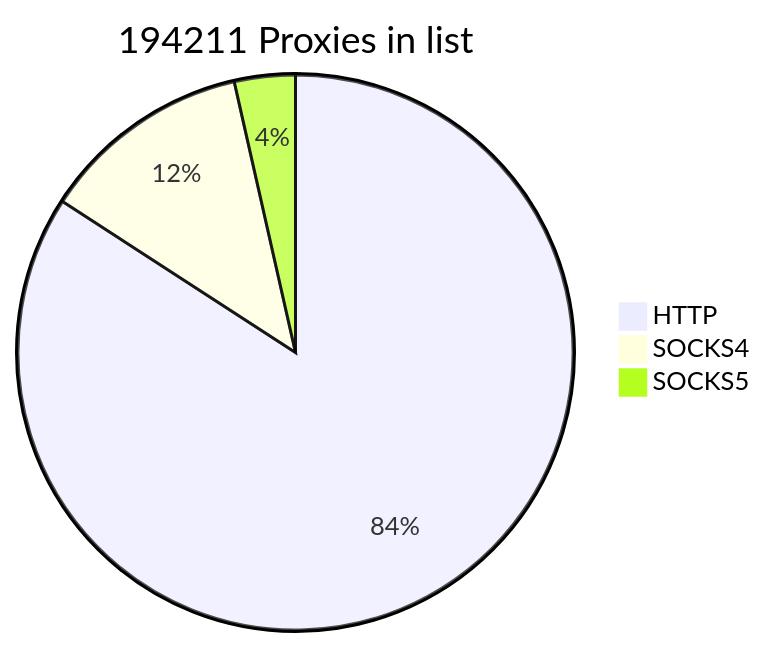
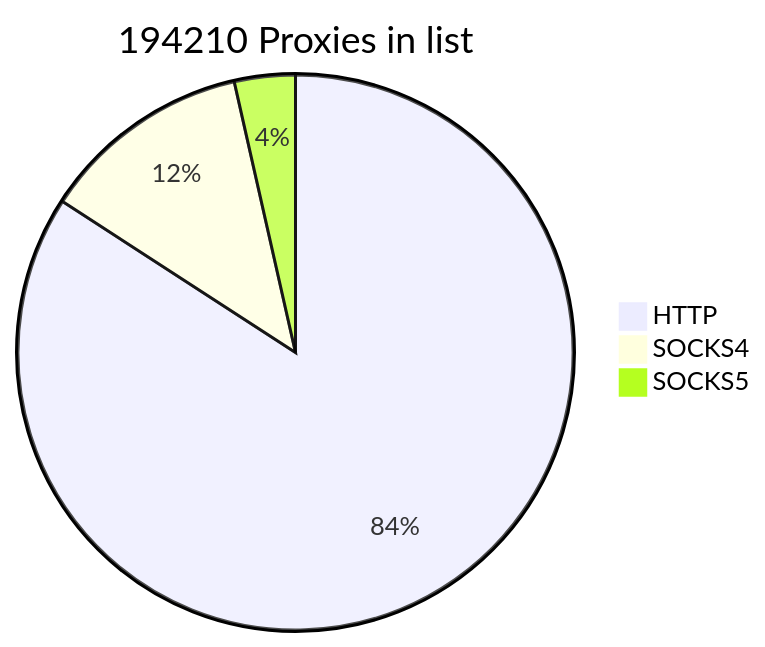
One commit to cutipu/proxylist changed the first of 2 diagrams in README.md. Above: the diagram before and after it, drawn with Mermaid. The commit also changed other lines of this file, not shown here.

````diff
--- a/README.md
+++ b/README.md
@@ -2,7 +2,7 @@
 ```mermaid
-pie title 194211 Proxies in list
+pie title 194210 Proxies in list
     "HTTP" : 163436
-    "SOCKS4" : 23898
+    "SOCKS4" : 23897
     "SOCKS5" : 6877
             
 ```
````
